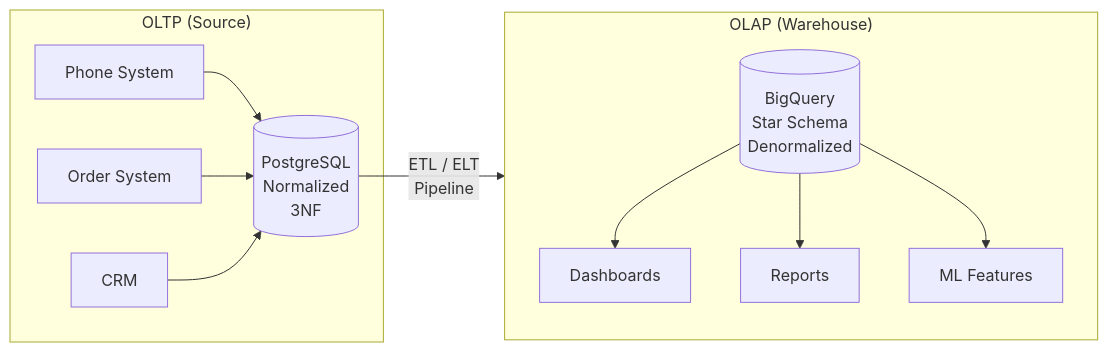
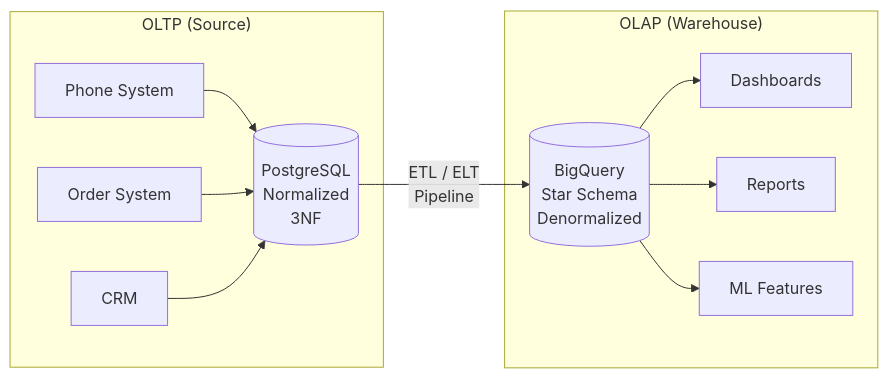
The fifth of 5 diagrams in playbooks/data/data-modeling/04_How_It_Works.md (sunilmogadati/systems-in-production), drawn with Mermaid before and after one commit. The commit also changed 1 other file, not shown here.

Commit message:
Fix broken Mermaid: data-modeling OLTP/OLAP diagram, convert architecture agent workflow to sequence diagram

````diff
--- a/playbooks/data/data-modeling/04_How_It_Works.md
+++ b/playbooks/data/data-modeling/04_How_It_Works.md
@@ -277,17 +277,17 @@
 ```mermaid
 flowchart LR
-    subgraph "OLTP (Source)"
+    subgraph OLTP["OLTP (Source)"]
         A1[Phone System] --> DB1[(PostgreSQL<br/>Normalized<br/>3NF)]
         A2[Order System] --> DB1
         A3[CRM] --> DB1
     end
 
-    DB1 -->|"ETL / ELT<br/>Pipeline"| subgraph2
-
-    subgraph subgraph2 ["OLAP (Warehouse)"]
+    subgraph OLAP["OLAP (Warehouse)"]
         DB2[(BigQuery<br/>Star Schema<br/>Denormalized)]
         DB2 --> R1[Dashboards]
         DB2 --> R2[Reports]
         DB2 --> R3[ML Features]
     end
+
+    DB1 -->|"ETL / ELT<br/>Pipeline"| DB2
 ```
````
